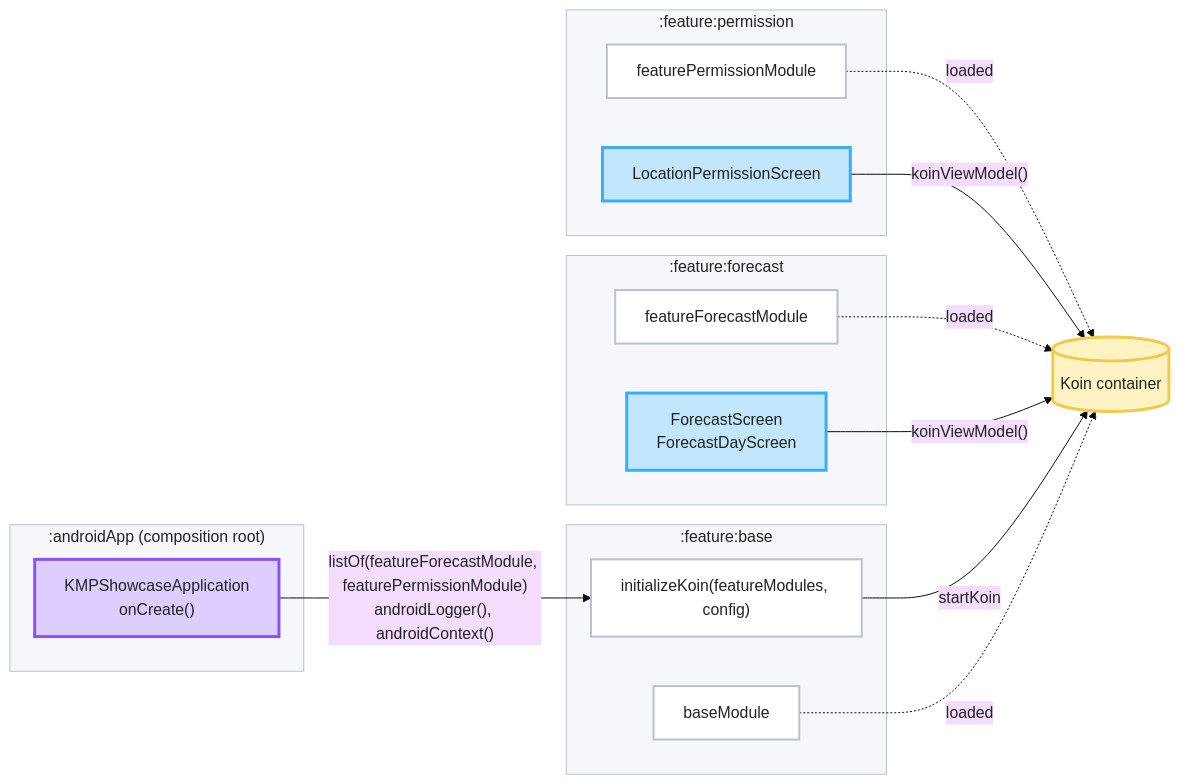
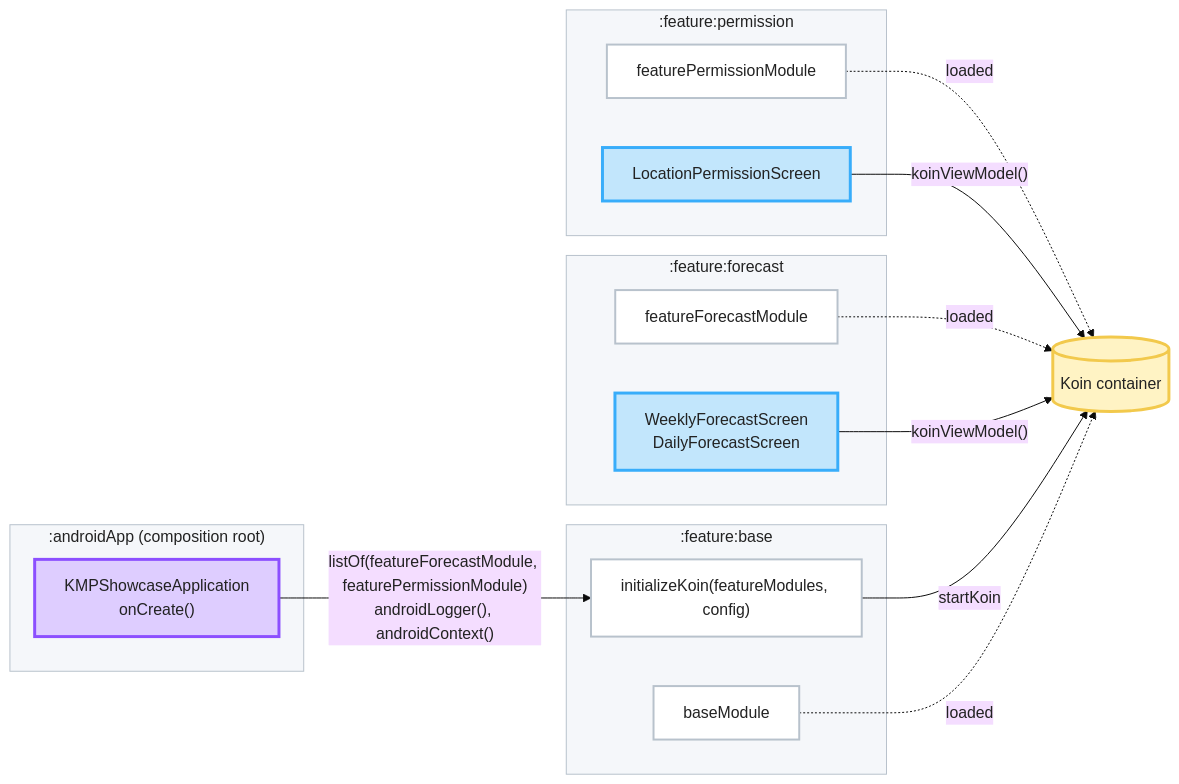
One commit to igorwojda/kmp-showcase changed the second of 3 diagrams in README.md. Above: the diagram before and after it, drawn with Mermaid (base theme). The commit also changed other lines of this file and 21 other files, not shown here.

````diff
--- a/README.md
+++ b/README.md
@@ -225,46 +225,46 @@
 ```mermaid
 flowchart LR
     subgraph androidApp[":androidApp (composition root)"]
         application["KMPShowcaseApplication<br/>onCreate()"]
     end
 
     subgraph base[":feature:base"]
         initializeKoin["initializeKoin(featureModules, config)"]
         baseModule["baseModule"]
     end
 
     subgraph forecast[":feature:forecast"]
         featureForecastModule["featureForecastModule"]
-        screens["ForecastScreen<br/>ForecastDayScreen"]
+        screens["WeeklyForecastScreen<br/>DailyForecastScreen"]
     end
 
     subgraph permission[":feature:permission"]
         featurePermissionModule["featurePermissionModule"]
         permissionScreen["LocationPermissionScreen"]
     end
 
     koin[("Koin container")]
 
     application -- "listOf(featureForecastModule, featurePermissionModule)<br/>androidLogger(), androidContext()" --> initializeKoin
     initializeKoin -- "startKoin" --> koin
     baseModule -. "loaded" .-> koin
     featureForecastModule -. "loaded" .-> koin
     featurePermissionModule -. "loaded" .-> koin
     screens -- "koinViewModel()" --> koin
     permissionScreen -- "koinViewModel()" --> koin
 
     classDef root fill:#DECDFF,stroke:#8C4FFF,stroke-width:3px,color:#222222;
     classDef ui fill:#C2E6FC,stroke:#38ADFA,stroke-width:3px,color:#222222;
     classDef code fill:#FFFFFF,stroke:#B8C2CC,stroke-width:2px,color:#222222;
     classDef container fill:#FFF3C4,stroke:#F2C94C,stroke-width:3px,color:#222222;
 
     class application root;
     class screens,permissionScreen ui;
     class initializeKoin,baseModule,featureForecastModule,featurePermissionModule code;
     class koin container;
 
     style androidApp fill:#F5F7FA,stroke:#B8C2CC,color:#222222;
     style base fill:#F5F7FA,stroke:#B8C2CC,color:#222222;
     style forecast fill:#F5F7FA,stroke:#B8C2CC,color:#222222;
     style permission fill:#F5F7FA,stroke:#B8C2CC,color:#222222;
 ```
````
